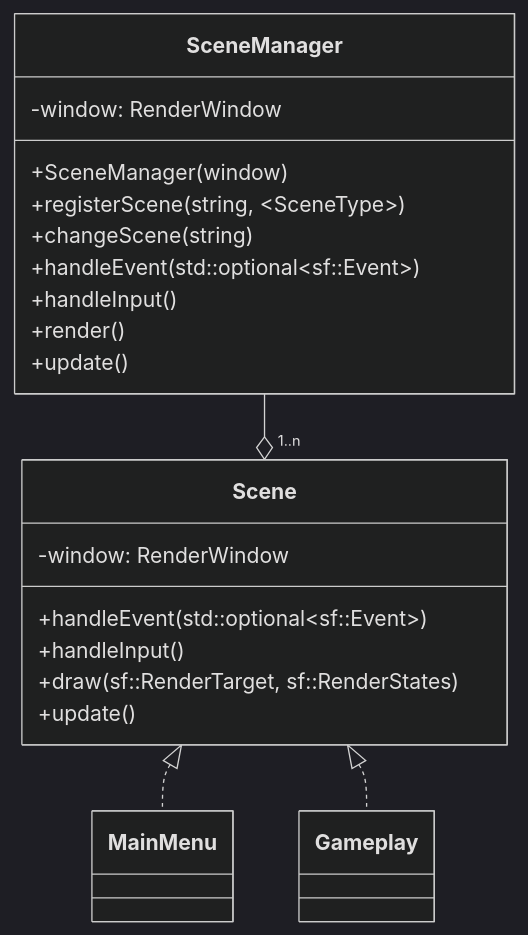
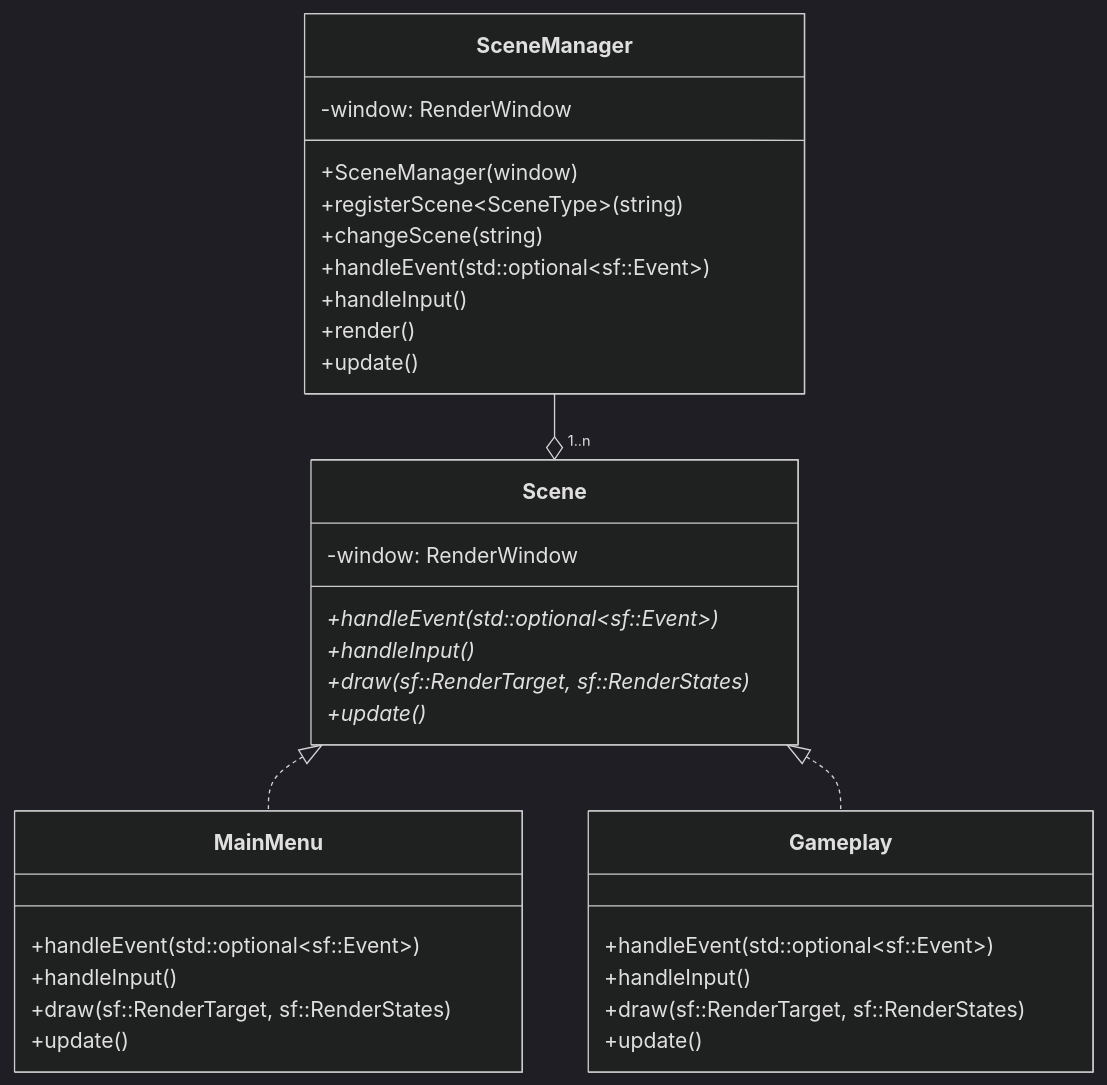
The first of 2 diagrams in docs/architecture.md (Bix2llets/CS202-Game-Programming-Project), drawn with Mermaid (dark theme) before and after one commit. The commit also changed other lines of this file and 253 other files, not shown here.

````diff
--- a/docs/architecture.md
+++ b/docs/architecture.md
@@ -5,26 +5,41 @@
 ```mermaid
 classDiagram
 class SceneManager {
     -window: RenderWindow
     
     +SceneManager(window)
-    +registerScene(string, ~SceneType~)
+    +registerScene~SceneType~(string)
     +changeScene(string)
 
     +handleEvent(std::optional~sf::Event~)
     +handleInput()
     +render()
     +update()
 }
 SceneManager --o "1..n" Scene
 class Scene {
     -window: RenderWindow
 
+    +handleEvent(std::optional~sf::Event~)*
+    +handleInput()*
+    +draw(sf::RenderTarget, sf::RenderStates)*
+    +update()*
+}
+Scene <|.. MainMenu
+Scene <|.. Gameplay
+
+class MainMenu {
     +handleEvent(std::optional~sf::Event~)
     +handleInput()
     +draw(sf::RenderTarget, sf::RenderStates)
     +update()
 }
-Scene <|.. MainMenu
-Scene <|.. Gameplay
+class Gameplay {
+
+    +handleEvent(std::optional~sf::Event~)
+    +handleInput()
+    +draw(sf::RenderTarget, sf::RenderStates)
+    +update()
+}
+
 ```
````
